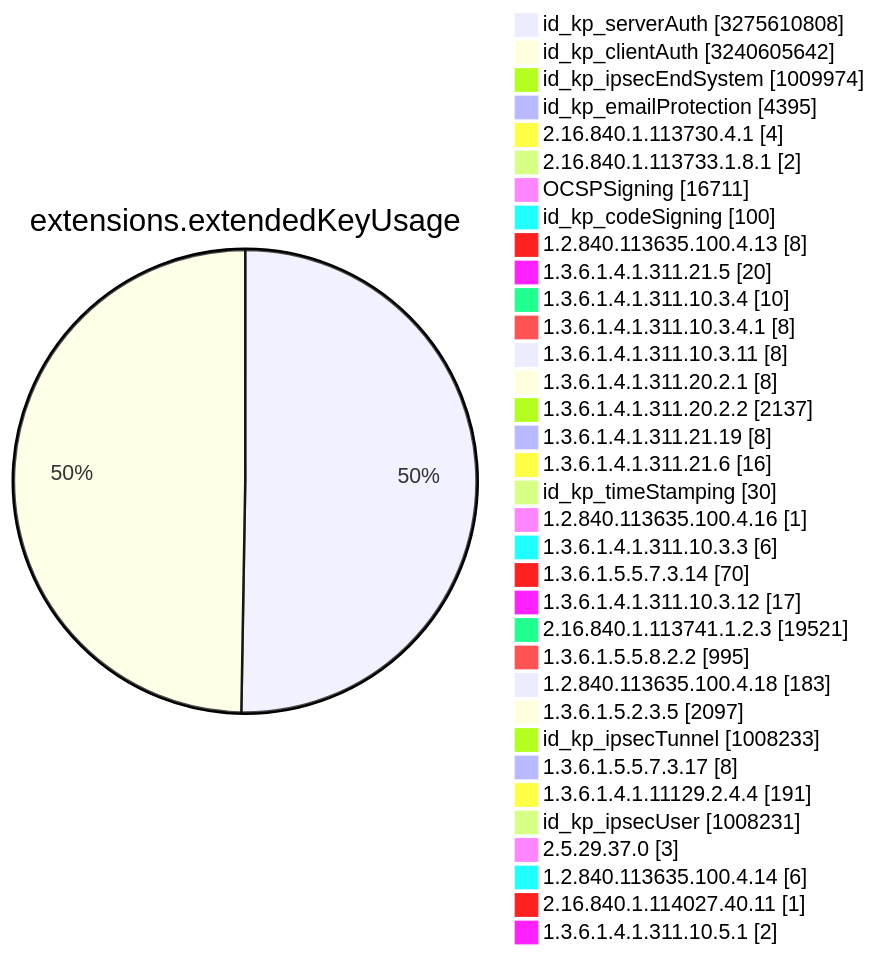
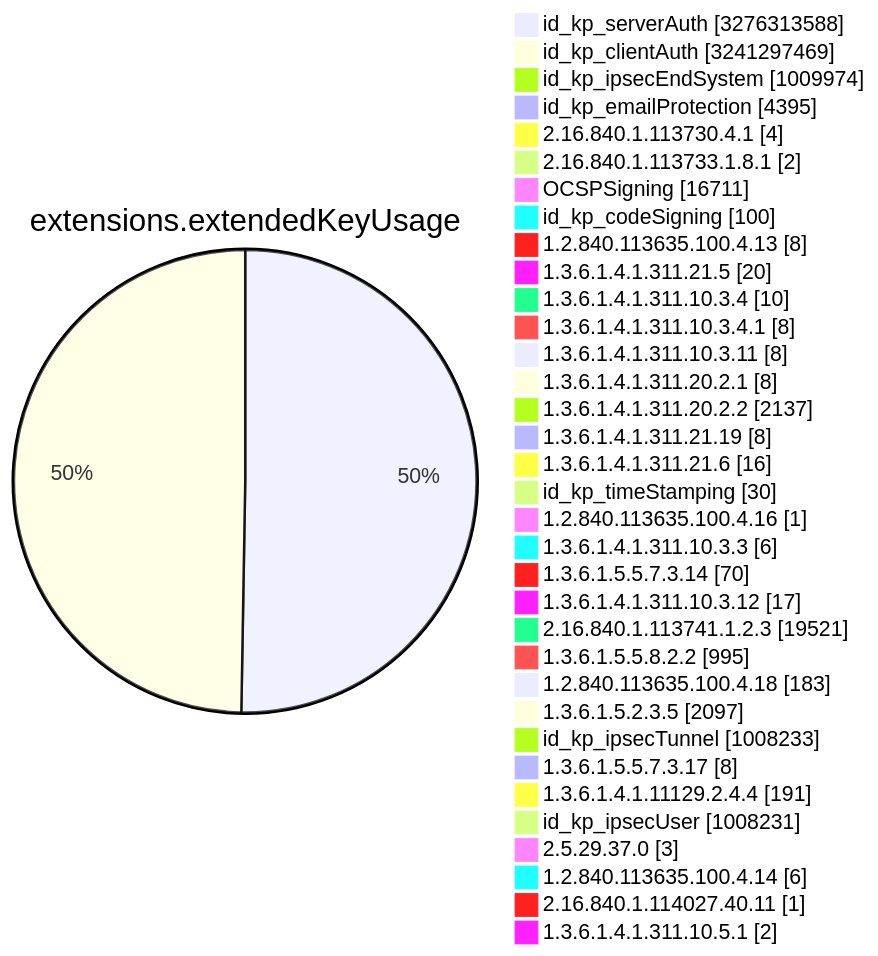
One commit to christiankrug/ctmonitor_visualization changed diagram 11 of 15 in TOTAL/README.md. Above: the diagram before and after it, drawn with Mermaid. The commit also changed other lines of this file, not shown here.

````diff
--- a/TOTAL/README.md
+++ b/TOTAL/README.md
@@ -4119,38 +4119,38 @@
 ```mermaid
 pie showData
 title extensions.extendedKeyUsage
-"id_kp_serverAuth" :3275610808
-"id_kp_clientAuth" :3240605642
+"id_kp_serverAuth" :3276313588
+"id_kp_clientAuth" :3241297469
 "id_kp_ipsecEndSystem" :1009974
 "id_kp_emailProtection" :4395
 "2.16.840.1.113730.4.1" :4
 "2.16.840.1.113733.1.8.1" :2
 "OCSPSigning" :16711
 "id_kp_codeSigning" :100
 "1.2.840.113635.100.4.13" :8
 "1.3.6.1.4.1.311.21.5" :20
 "1.3.6.1.4.1.311.10.3.4" :10
 "1.3.6.1.4.1.311.10.3.4.1" :8
 "1.3.6.1.4.1.311.10.3.11" :8
 "1.3.6.1.4.1.311.20.2.1" :8
 "1.3.6.1.4.1.311.20.2.2" :2137
 "1.3.6.1.4.1.311.21.19" :8
 "1.3.6.1.4.1.311.21.6" :16
 "id_kp_timeStamping" :30
 "1.2.840.113635.100.4.16" :1
 "1.3.6.1.4.1.311.10.3.3" :6
 "1.3.6.1.5.5.7.3.14" :70
 "1.3.6.1.4.1.311.10.3.12" :17
 "2.16.840.1.113741.1.2.3" :19521
 "1.3.6.1.5.5.8.2.2" :995
 "1.2.840.113635.100.4.18" :183
 "1.3.6.1.5.2.3.5" :2097
 "id_kp_ipsecTunnel" :1008233
 "1.3.6.1.5.5.7.3.17" :8
 "1.3.6.1.4.1.11129.2.4.4" :191
 "id_kp_ipsecUser" :1008231
 "2.5.29.37.0" :3
 "1.2.840.113635.100.4.14" :6
 "2.16.840.1.114027.40.11" :1
 "1.3.6.1.4.1.311.10.5.1" :2
 ```
````
